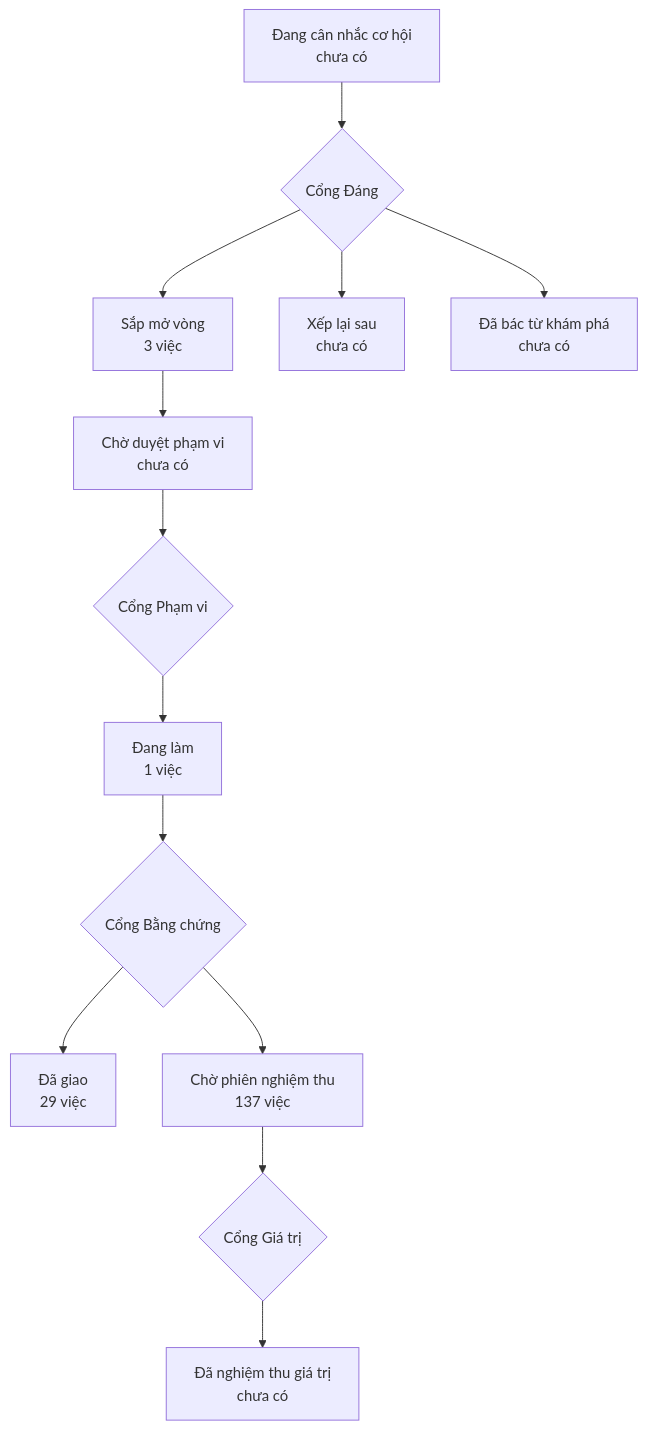
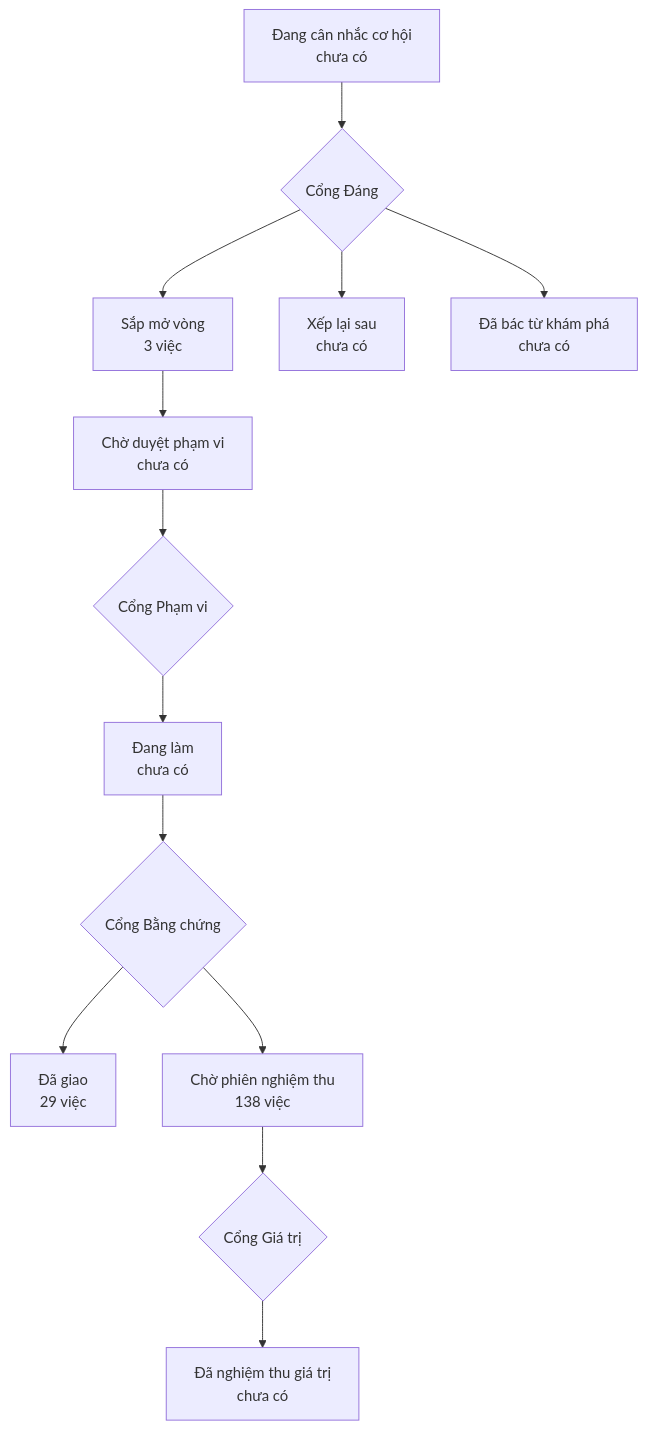
The diagram in PRODUCT-MAP.md (phanlemanh/onehub-quy-hang), drawn with Mermaid before and after one commit. The commit also changed other lines of this file and 4 other files, not shown here.

````diff
--- a/PRODUCT-MAP.md
+++ b/PRODUCT-MAP.md
@@ -7,12 +7,12 @@
 ```mermaid
 flowchart TD
   A["Đang cân nhắc cơ hội<br/>chưa có"] --> GD{"Cổng Đáng"}
   GD --> B["Sắp mở vòng<br/>3 việc"]
   GD --> XL["Xếp lại sau<br/>chưa có"]
   GD --> DB["Đã bác từ khám phá<br/>chưa có"]
   B --> CD["Chờ duyệt phạm vi<br/>chưa có"] --> GP{"Cổng Phạm vi"}
-  GP --> DL["Đang làm<br/>1 việc"] --> GB{"Cổng Bằng chứng"}
+  GP --> DL["Đang làm<br/>chưa có"] --> GB{"Cổng Bằng chứng"}
   GB --> DG["Đã giao<br/>29 việc"]
-  GB --> CN["Chờ phiên nghiệm thu<br/>137 việc"] --> GG{"Cổng Giá trị"}
+  GB --> CN["Chờ phiên nghiệm thu<br/>138 việc"] --> GG{"Cổng Giá trị"}
   GG --> NT["Đã nghiệm thu giá trị<br/>chưa có"]
 ```
````
